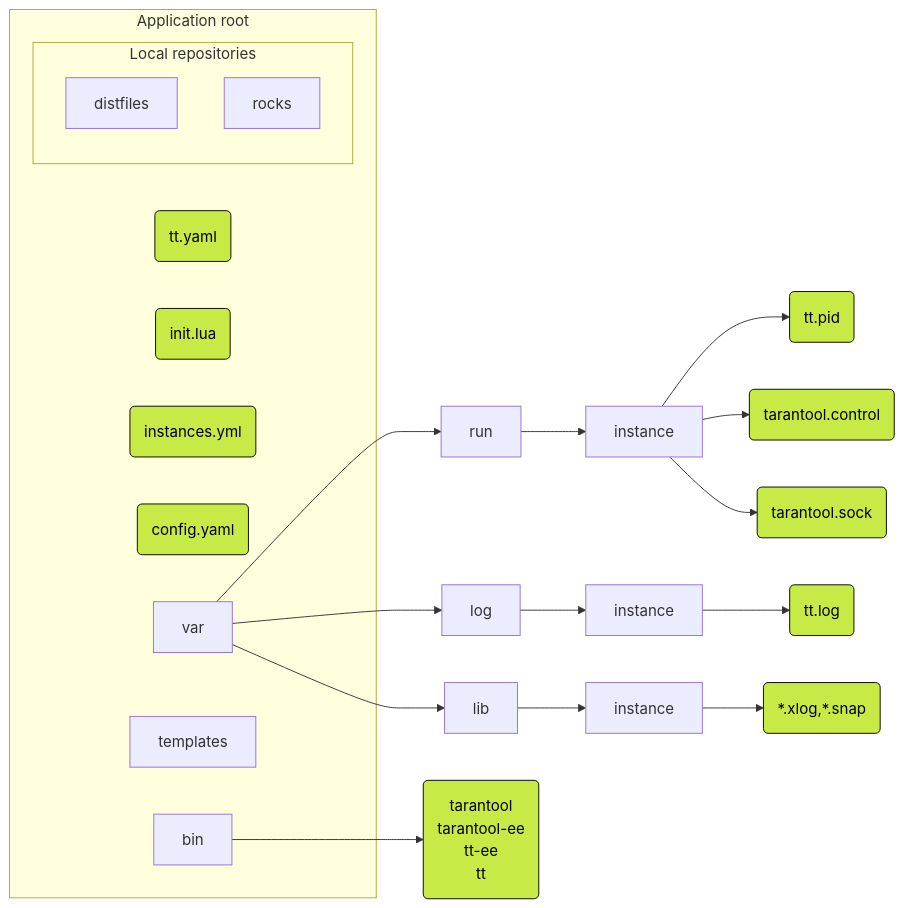
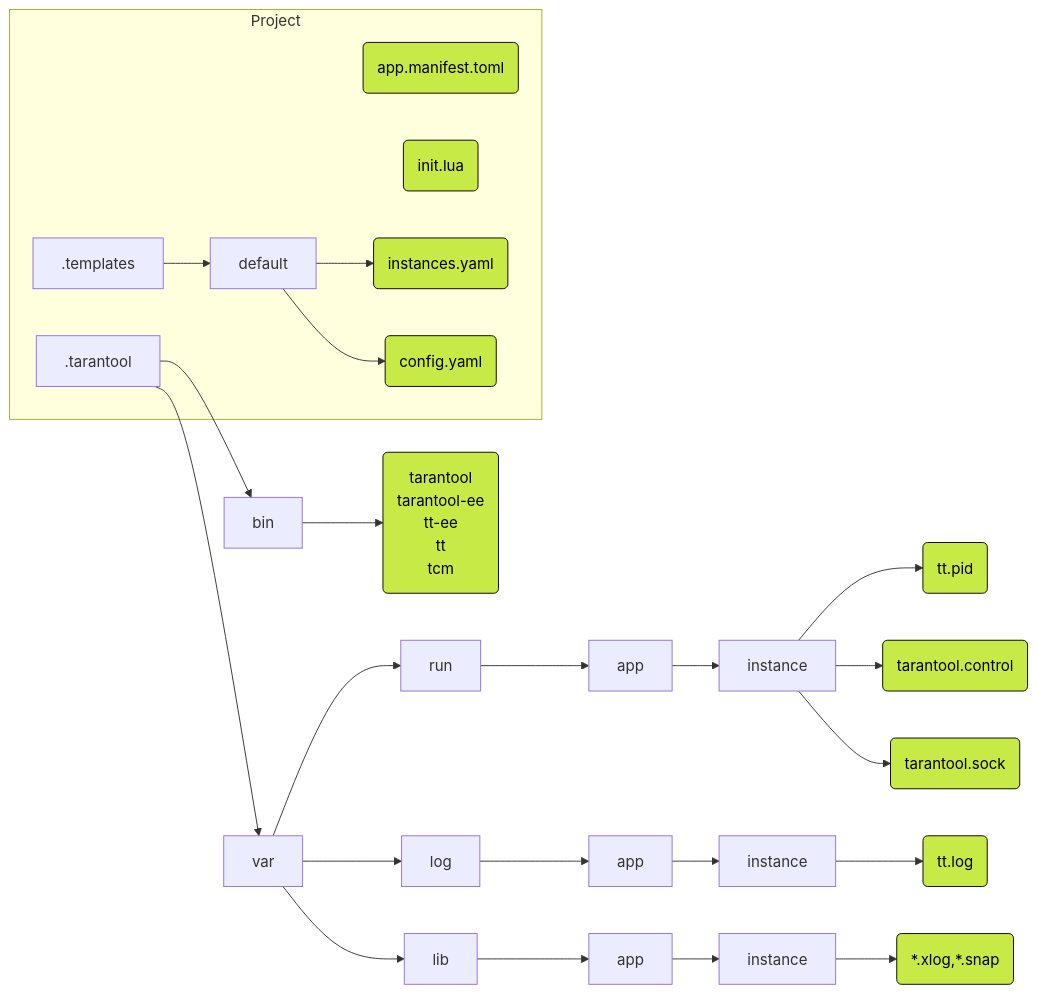
The diagram in README.md (tarantool/tt), drawn with Mermaid before and after one commit. The commit also changed other lines of this file and 54 other files, not shown here.

````diff
--- a/README.md
+++ b/README.md
@@ -67,28 +63,25 @@
 ```mermaid
 graph LR
     %% Colors %%
     classDef lime fill:#C7EA46,stroke:#000,color:#000
 
-    subgraph dot[Application root]
-      config(tt.yaml):::lime
+    subgraph dot[Project]
+      manifest(app.manifest.toml):::lime
       init(init.lua):::lime
-      instances(instances.yml):::lime
-      cluster_config(config.yaml):::lime
-      bin
-      templates
-      var
-      subgraph local_reps[Local repositories]
-        dist[distfiles]
-        rocks[rocks]
-      end
+      templates[.templates] --> template_default[default]
+      template_default --> instances(instances.yaml):::lime
+      template_default --> cluster_config(config.yaml):::lime
+      root[.tarantool]
     end
-    var --> run[run] --> inst11[instance]
+    root --> bin
+    root --> var
+    var --> run[run] --> app1[app] --> inst11[instance]
     inst11 --> pid1(tt.pid):::lime
     inst11 --> control1(tarantool.control):::lime
     inst11 --> binary1(tarantool.sock):::lime
 
-    var --> log1[log] --> inst12[instance] --> logfile1(tt.log):::lime
-    var --> lib1[lib] --> inst13[instance] --> xlogs1(*.xlog,*.snap):::lime
+    var --> log1[log] --> app2[app] --> inst12[instance] --> logfile1(tt.log):::lime
+    var --> lib1[lib] --> app3[app] --> inst13[instance] --> xlogs1(*.xlog,*.snap):::lime
 
-    bin --> bin_dir(tarantool<br/>tarantool-ee<br/>tt-ee<br/>tt):::lime
+    bin --> binaries(tarantool<br/>tarantool-ee<br/>tt-ee<br/>tt<br/>tcm):::lime
 ```
````
